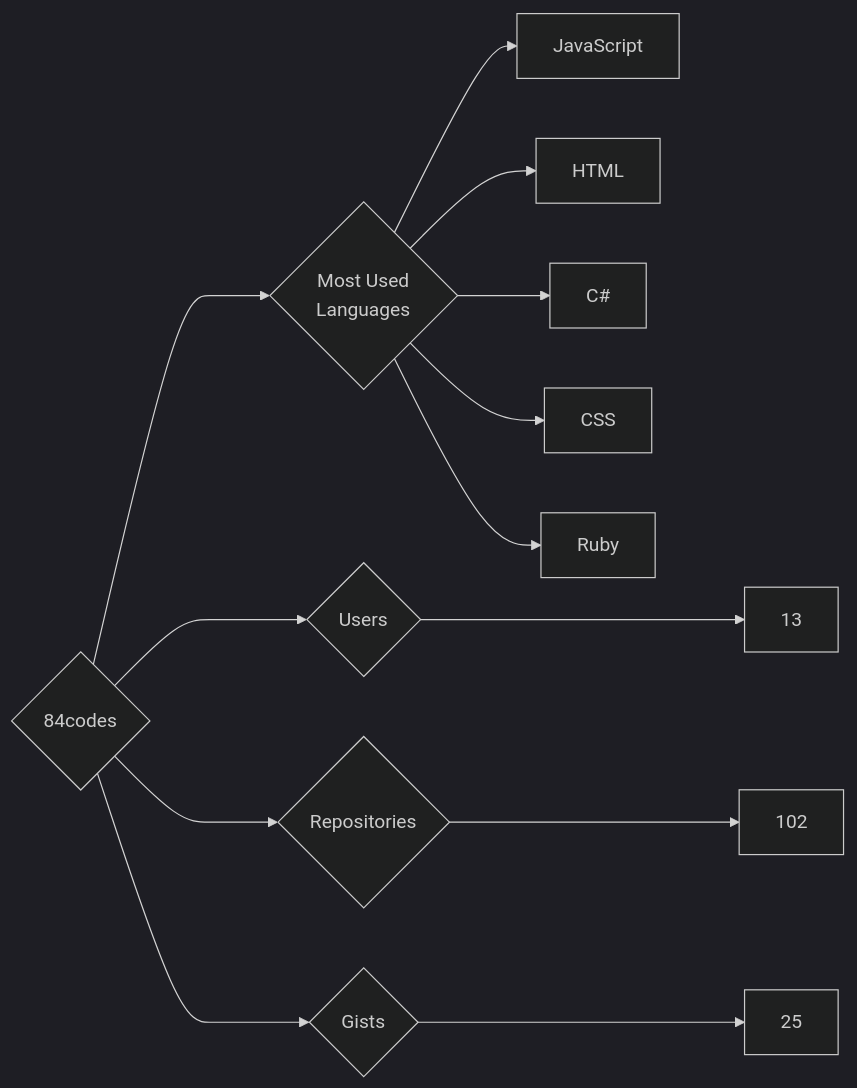
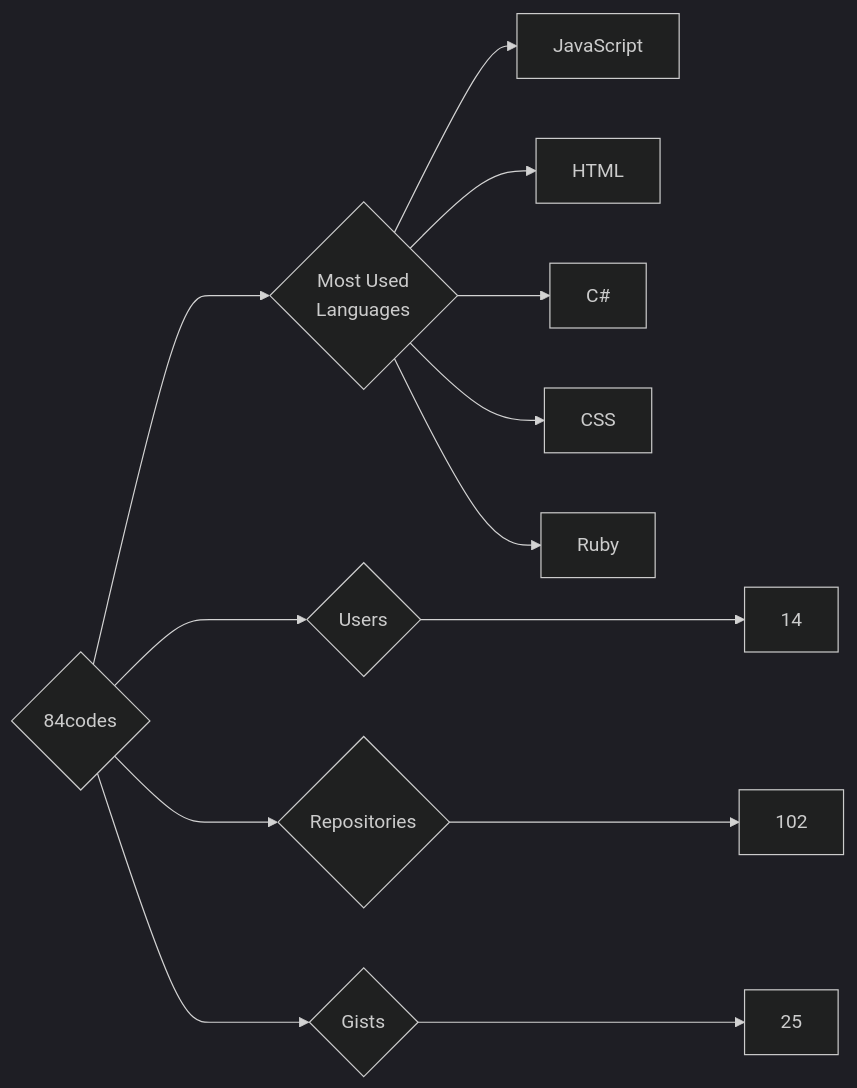
The diagram in targets/84codes/README.md (trickest/insiders), drawn with Mermaid (dark theme) before and after one commit. The commit also changed 1148 other files, not shown here.

````diff
--- a/targets/84codes/README.md
+++ b/targets/84codes/README.md
@@ -3,13 +3,13 @@
 ```mermaid
 graph LR
 COMPANY_NAME{84codes}
-COMPANY_NAME ---> U{Users} ---> UN[13]
+COMPANY_NAME ---> U{Users} ---> UN[14]
 COMPANY_NAME ---> R{Repositories} ---> RN[102]
 COMPANY_NAME ---> G{Gists} ---> GN[25]
 COMPANY_NAME ---> ML{Most Used<br>Languages}
 ML --> JavaScript[JavaScript]
 ML --> HTML[HTML]
 ML --> C#[C#]
 ML --> CSS[CSS]
 ML --> Ruby[Ruby]
 ```
````
